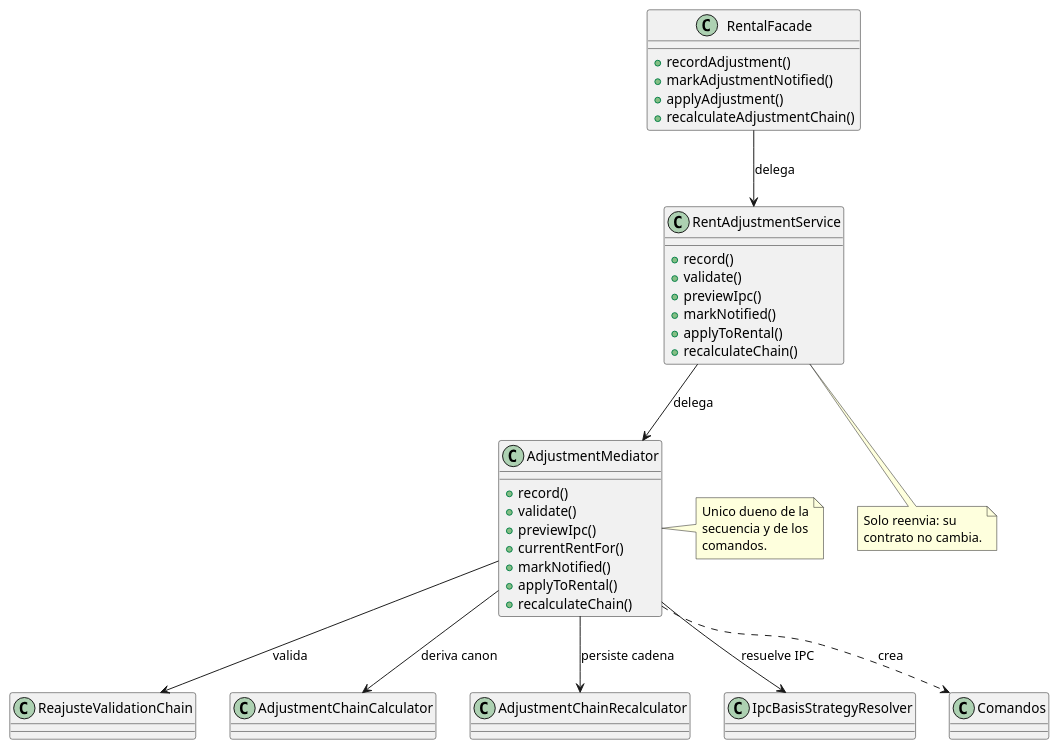
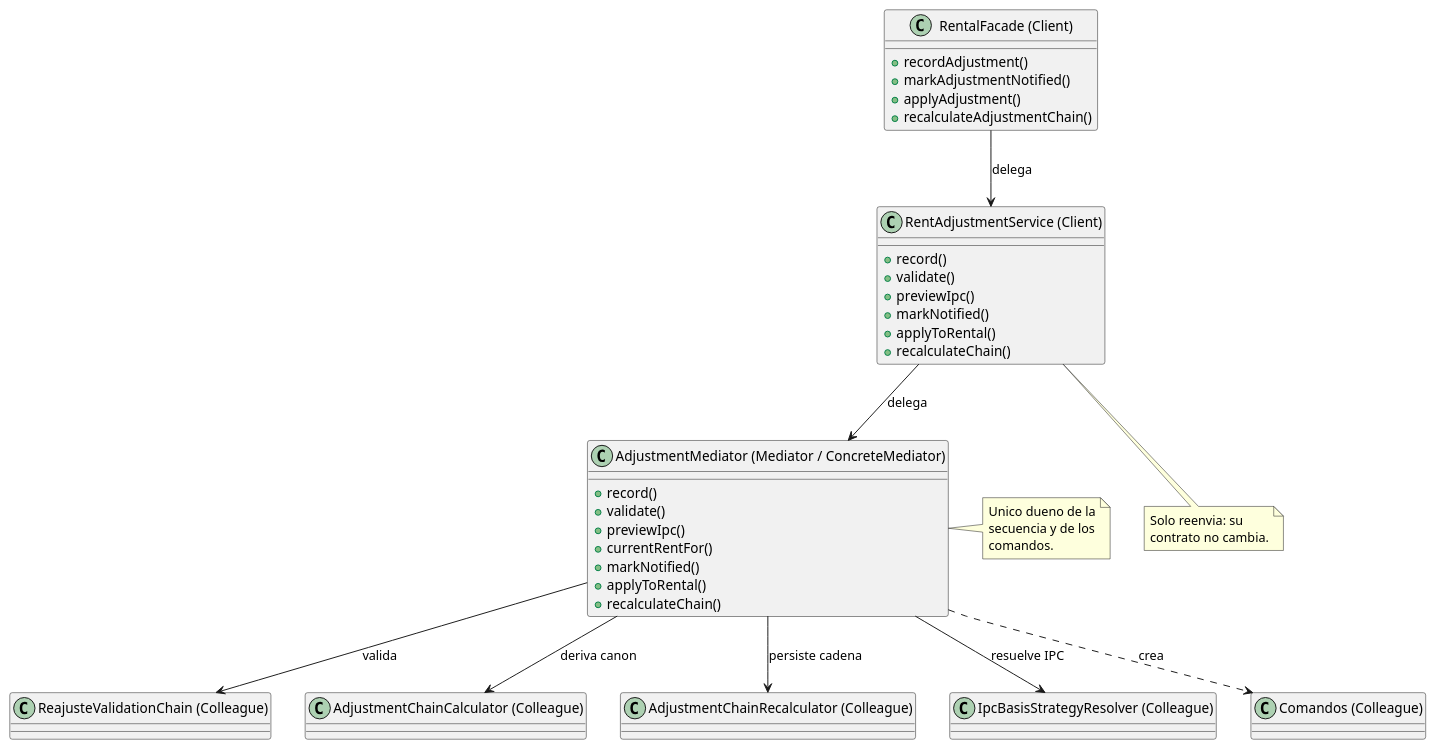
The third of 3 diagrams in docs/Patrones de comportamiento/Mediator.md (diegocastro-ac/prometheus), drawn with PlantUML before and after one commit. The commit also changed other lines of this file, not shown here.

First line of the commit message:
docs(patrones): anotar los roles GoF en el UML de Mediator

````diff
--- a/docs/Patrones de comportamiento/Mediator.md
+++ b/docs/Patrones de comportamiento/Mediator.md
@@ -262,54 +262,54 @@
 ```plantuml
 @startuml
-class "AdjustmentMediator" as Mediator {
+class "AdjustmentMediator (Mediator / ConcreteMediator)" as Mediator {
   + record()
   + validate()
   + previewIpc()
   + currentRentFor()
   + markNotified()
   + applyToRental()
   + recalculateChain()
 }
 
-class "RentAdjustmentService" as Service {
+class "RentAdjustmentService (Client)" as Service {
   + record()
   + validate()
   + previewIpc()
   + markNotified()
   + applyToRental()
   + recalculateChain()
 }
 
-class "RentalFacade" as Facade {
+class "RentalFacade (Client)" as Facade {
   + recordAdjustment()
   + markAdjustmentNotified()
   + applyAdjustment()
   + recalculateAdjustmentChain()
 }
 
-class "ReajusteValidationChain" as Validation
-class "AdjustmentChainCalculator" as Calculator
-class "AdjustmentChainRecalculator" as Recalculator
-class "IpcBasisStrategyResolver" as Resolver
-class "Comandos" as Commands
+class "ReajusteValidationChain (Colleague)" as Validation
+class "AdjustmentChainCalculator (Colleague)" as Calculator
+class "AdjustmentChainRecalculator (Colleague)" as Recalculator
+class "IpcBasisStrategyResolver (Colleague)" as Resolver
+class "Comandos (Colleague)" as Commands
 
 Facade --> Service : delega
 Service --> Mediator : delega
 Mediator --> Validation : valida
 Mediator --> Resolver : resuelve IPC
 Mediator --> Calculator : deriva canon
 Mediator --> Recalculator : persiste cadena
 Mediator ..> Commands : crea
 
 note right of Mediator
   Unico dueno de la
   secuencia y de los
   comandos.
 end note
 
 note bottom of Service
   Solo reenvia: su
   contrato no cambia.
 end note
 @enduml
 ```
````
